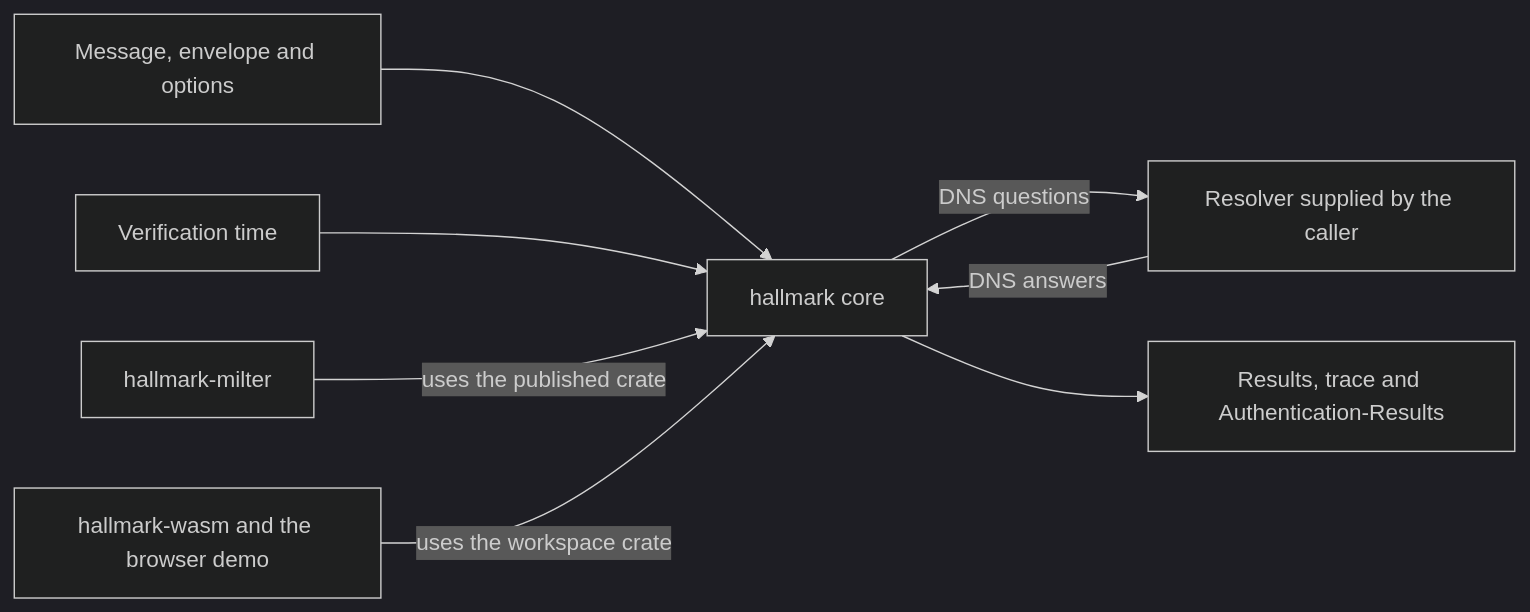
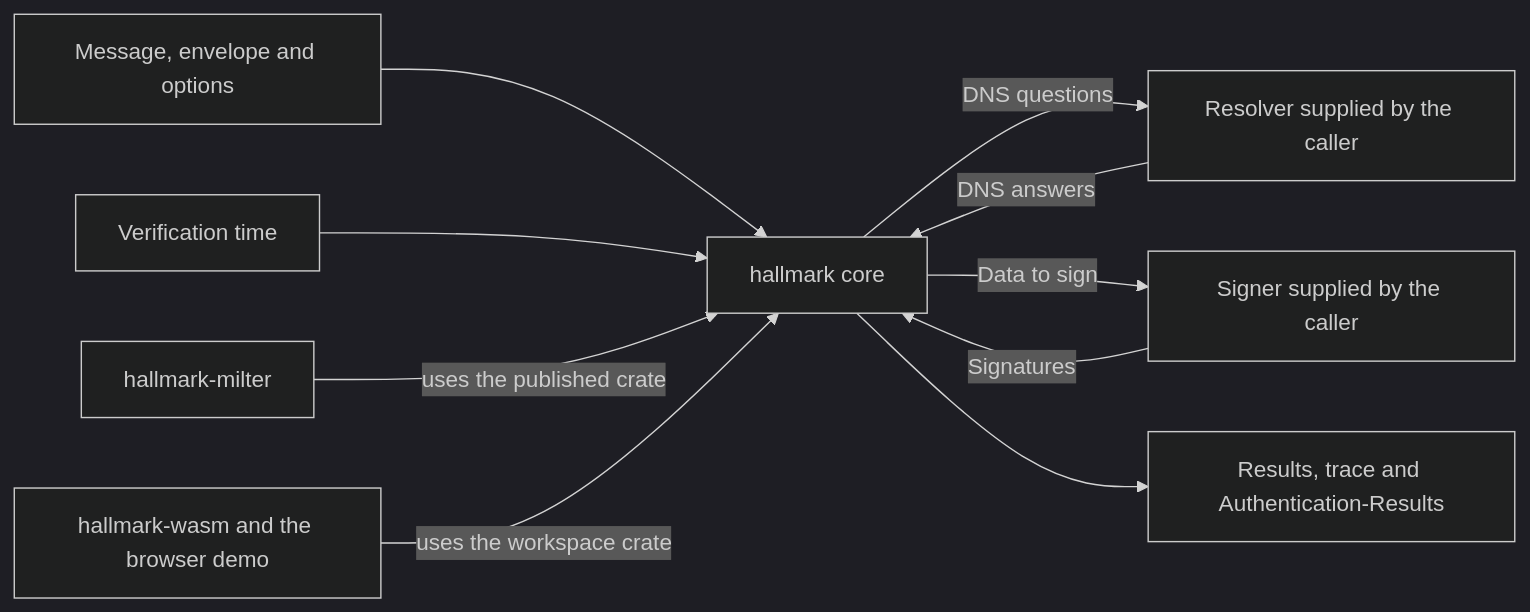
One commit to photom/hallmark changed the first of 3 diagrams in docs/reference/requirements.md. Above: the diagram before and after it, drawn with Mermaid (dark theme). The commit also changed other lines of this file and 23 other files, not shown here.

````diff
--- a/docs/reference/requirements.md
+++ b/docs/reference/requirements.md
@@ -14,10 +49,12 @@
 ```mermaid
 flowchart LR
     msg["Message, envelope and options"] --> core["hallmark core"]
     time["Verification time"] --> core
     core -->|"DNS questions"| resolver["Resolver supplied by the caller"]
     resolver -->|"DNS answers"| core
+    core -->|"Data to sign"| signer["Signer supplied by the caller"]
+    signer -->|"Signatures"| core
     core --> out["Results, trace and Authentication-Results"]
     milter["hallmark-milter"] -->|"uses the published crate"| core
     wasm["hallmark-wasm and the browser demo"] -->|"uses the workspace crate"| core
 ```
````
